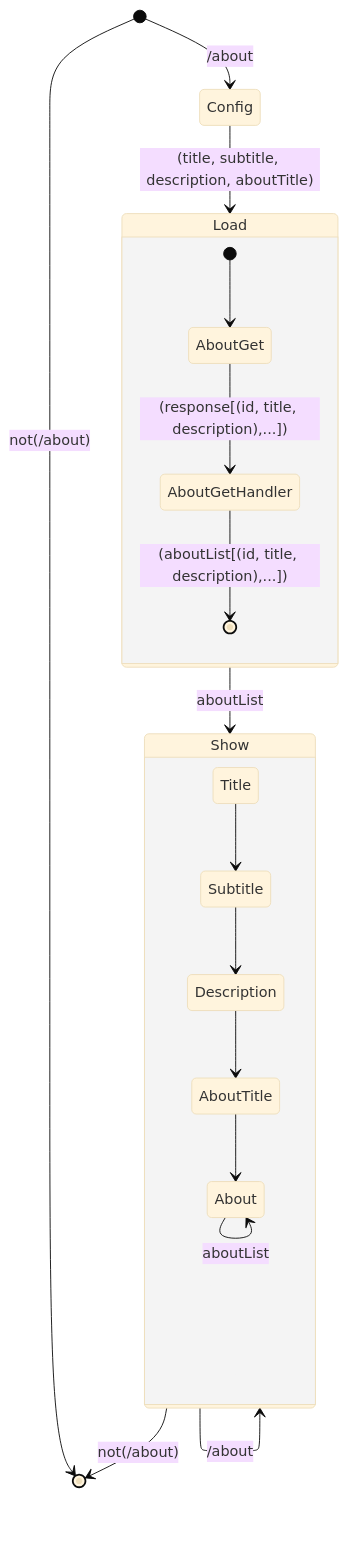
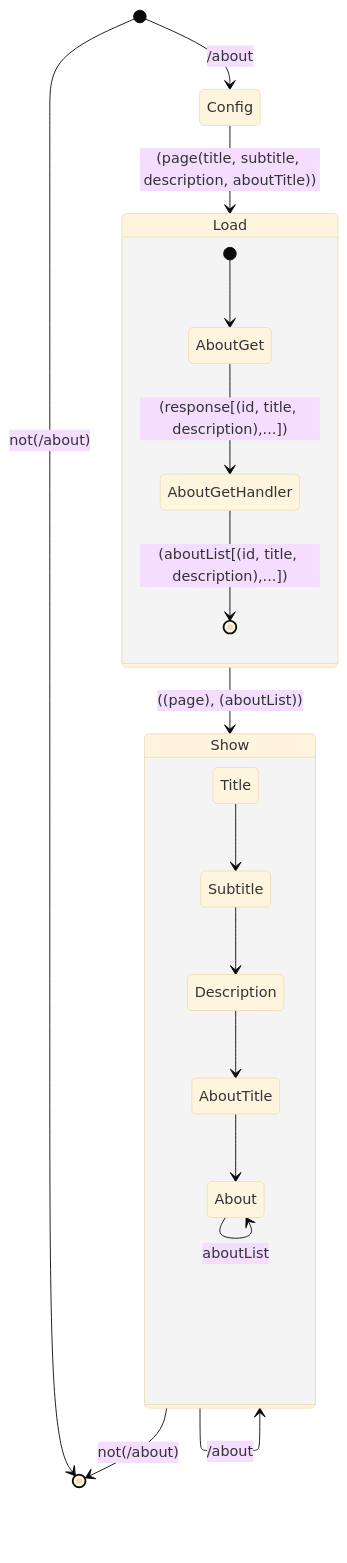
One commit to Wilfongjt/lb-A changed the fifth of 5 diagrams in README.md. Above: the diagram before and after it, drawn with Mermaid. The commit also changed other lines of this file, not shown here.

````diff
--- a/README.md
+++ b/README.md
@@ -113,29 +175,28 @@
 ```mermaid
 %%{init: {'securityLevel': 'loose', 'theme':'base'}}%%
 stateDiagram
     state Load {
              
         [*] --> AboutGet
         AboutGet --> AboutGetHandler : (response[(id, title, description),...])
         AboutGetHandler --> [*] : (aboutList[(id, title, description),...])
      }    
          
     state Show {
              
         Title --> Subtitle
         Subtitle --> Description
         Description --> AboutTitle
         AboutTitle --> About
      }    
          
 [*] --> [*] : not(/about)
 [*] --> Config : /about
-Config --> Load : (title, subtitle, description, aboutTitle)
-Load --> Show : aboutList
+Config --> Load : (page(title, subtitle, description, aboutTitle))
+Load --> Show : ((page), (aboutList))
 Show --> [*] : not(/about)
  
 Show --> Show : /about
 About --> About : aboutList
-
  
 ```
````
